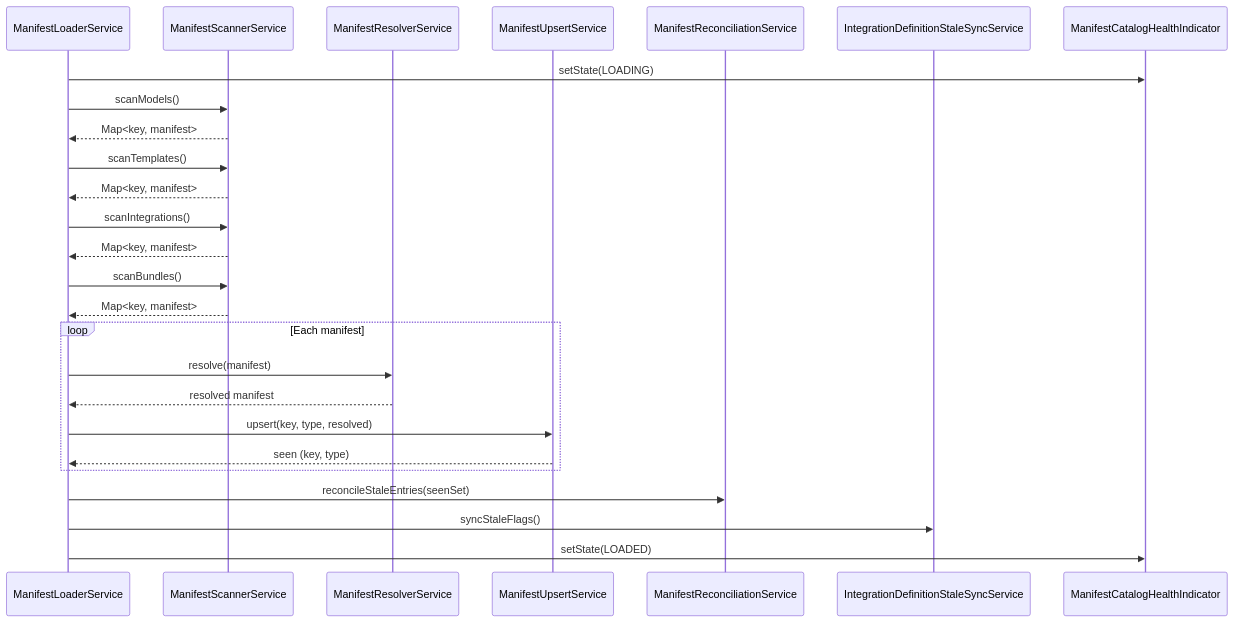
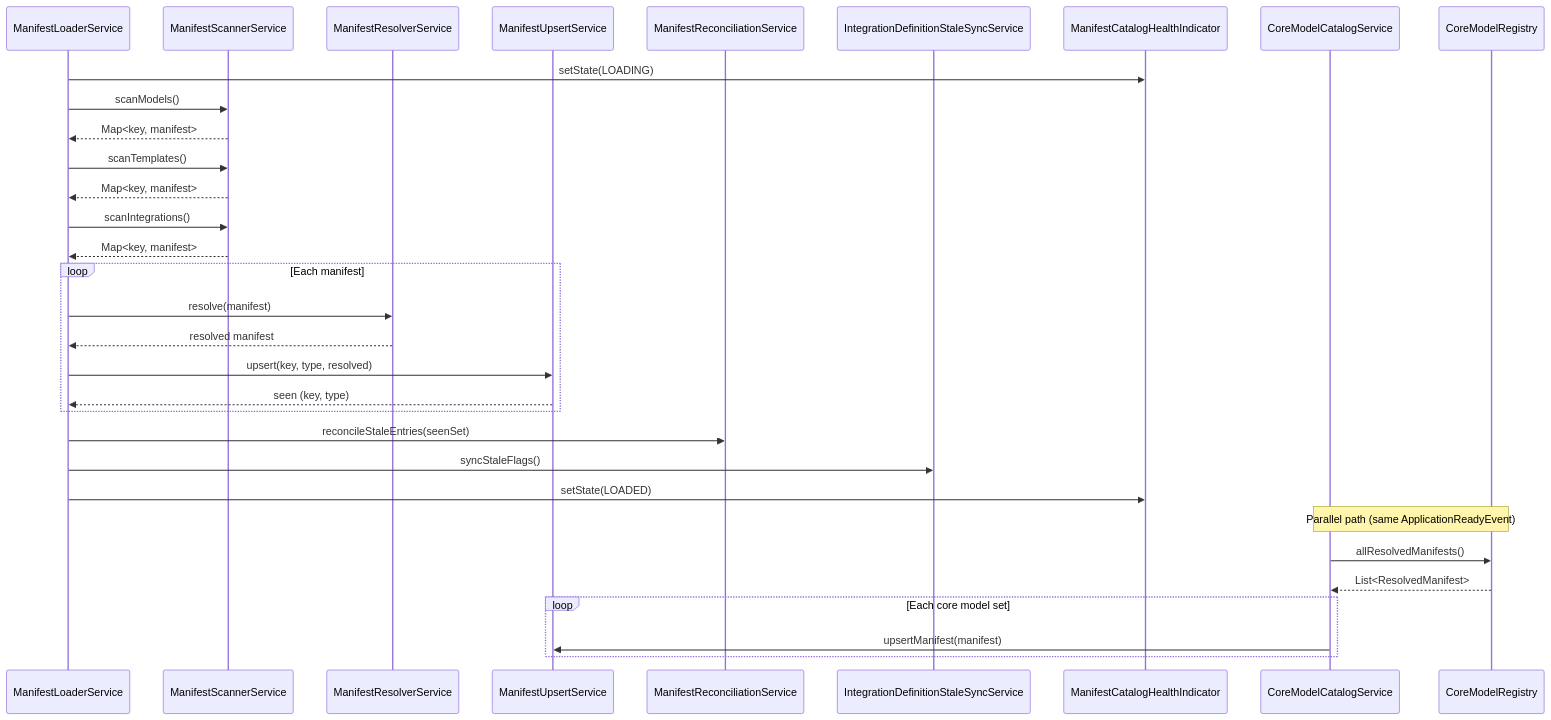
The diagram in docs/system-design/domains/Catalog/Manifest Pipeline/Flow - Manifest Loading Pipeline.md (rmr-studio/cranium), drawn with Mermaid before and after one commit. The commit also changed other lines of this file and 12 other files, not shown here.

````diff
--- a/docs/system-design/domains/Catalog/Manifest Pipeline/Flow - Manifest Loading Pipeline.md
+++ b/docs/system-design/domains/Catalog/Manifest Pipeline/Flow - Manifest Loading Pipeline.md
@@ -38,31 +39,38 @@
 ```mermaid
 sequenceDiagram
     participant Loader as ManifestLoaderService
     participant Scanner as ManifestScannerService
     participant Resolver as ManifestResolverService
     participant Upsert as ManifestUpsertService
     participant Reconciliation as ManifestReconciliationService
     participant StaleSync as IntegrationDefinitionStaleSyncService
     participant Health as ManifestCatalogHealthIndicator
+    participant CoreModels as CoreModelCatalogService
+    participant Registry as CoreModelRegistry
 
     Loader->>Health: setState(LOADING)
     Loader->>Scanner: scanModels()
     Scanner-->>Loader: Map<key, manifest>
     Loader->>Scanner: scanTemplates()
     Scanner-->>Loader: Map<key, manifest>
     Loader->>Scanner: scanIntegrations()
-    Scanner-->>Loader: Map<key, manifest>
-    Loader->>Scanner: scanBundles()
     Scanner-->>Loader: Map<key, manifest>
 
     loop Each manifest
         Loader->>Resolver: resolve(manifest)
         Resolver-->>Loader: resolved manifest
         Loader->>Upsert: upsert(key, type, resolved)
         Upsert-->>Loader: seen (key, type)
     end
 
     Loader->>Reconciliation: reconcileStaleEntries(seenSet)
     Loader->>StaleSync: syncStaleFlags()
     Loader->>Health: setState(LOADED)
+
+    Note over CoreModels,Registry: Parallel path (same ApplicationReadyEvent)
+    CoreModels->>Registry: allResolvedManifests()
+    Registry-->>CoreModels: List<ResolvedManifest>
+    loop Each core model set
+        CoreModels->>Upsert: upsertManifest(manifest)
+    end
 ```
````
